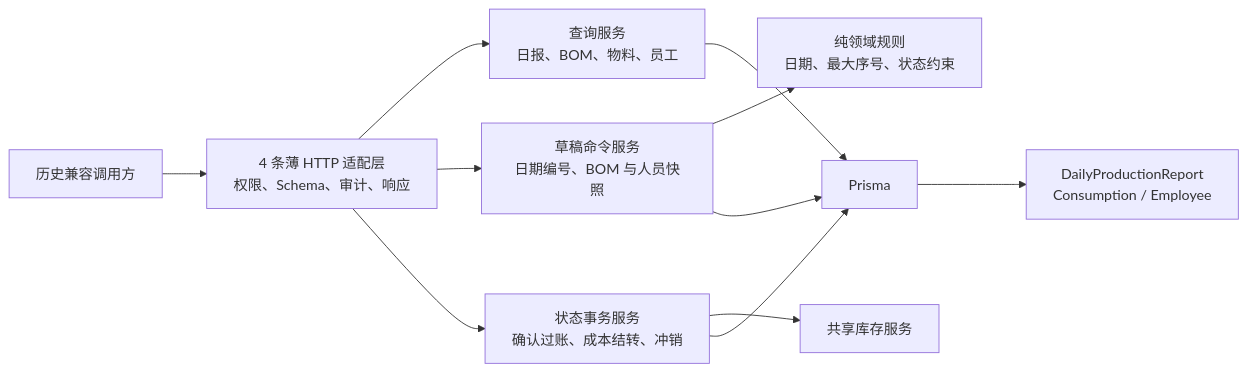
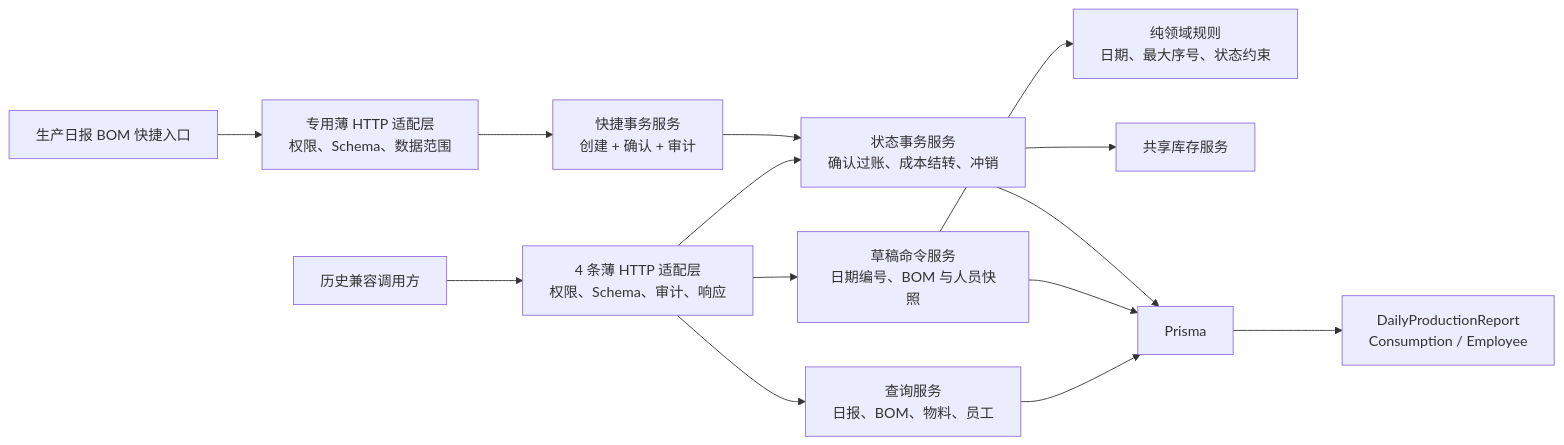
Diagram 13 of 13 in docs/architecture/系统结构图.md (goldf2/mes-lite), drawn with Mermaid before and after one commit. The commit also changed other lines of this file and 35 other files, not shown here.

````diff
--- a/docs/architecture/系统结构图.md
+++ b/docs/architecture/系统结构图.md
@@ -355,13 +356,16 @@
 ```mermaid
 flowchart LR
+  QuickPage["生产日报 BOM 快捷入口"] --> QuickAPI["专用薄 HTTP 适配层\n权限、Schema、数据范围"]
+  QuickAPI --> QuickTx["快捷事务服务\n创建 + 确认 + 审计"]
   LegacyCaller["历史兼容调用方"] --> API["4 条薄 HTTP 适配层\n权限、Schema、审计、响应"]
   API --> Query["查询服务\n日报、BOM、物料、员工"]
   API --> Command["草稿命令服务\n日期编号、BOM 与人员快照"]
   API --> Status["状态事务服务\n确认过账、成本结转、冲销"]
   Command --> Rules["纯领域规则\n日期、最大序号、状态约束"]
   Status --> Inventory["共享库存服务"]
+  QuickTx --> Status
   Query --> Prisma["Prisma"]
   Command --> Prisma
   Status --> Prisma
   Prisma --> LegacyModels["DailyProductionReport\nConsumption / Employee"]
 ```
````
